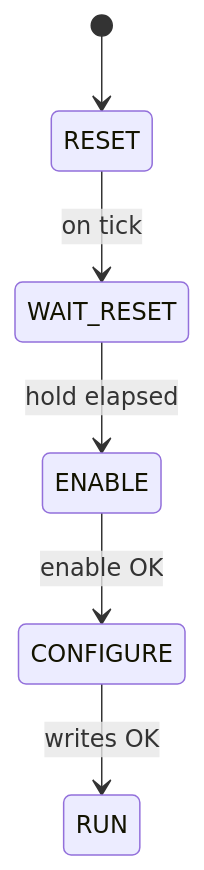
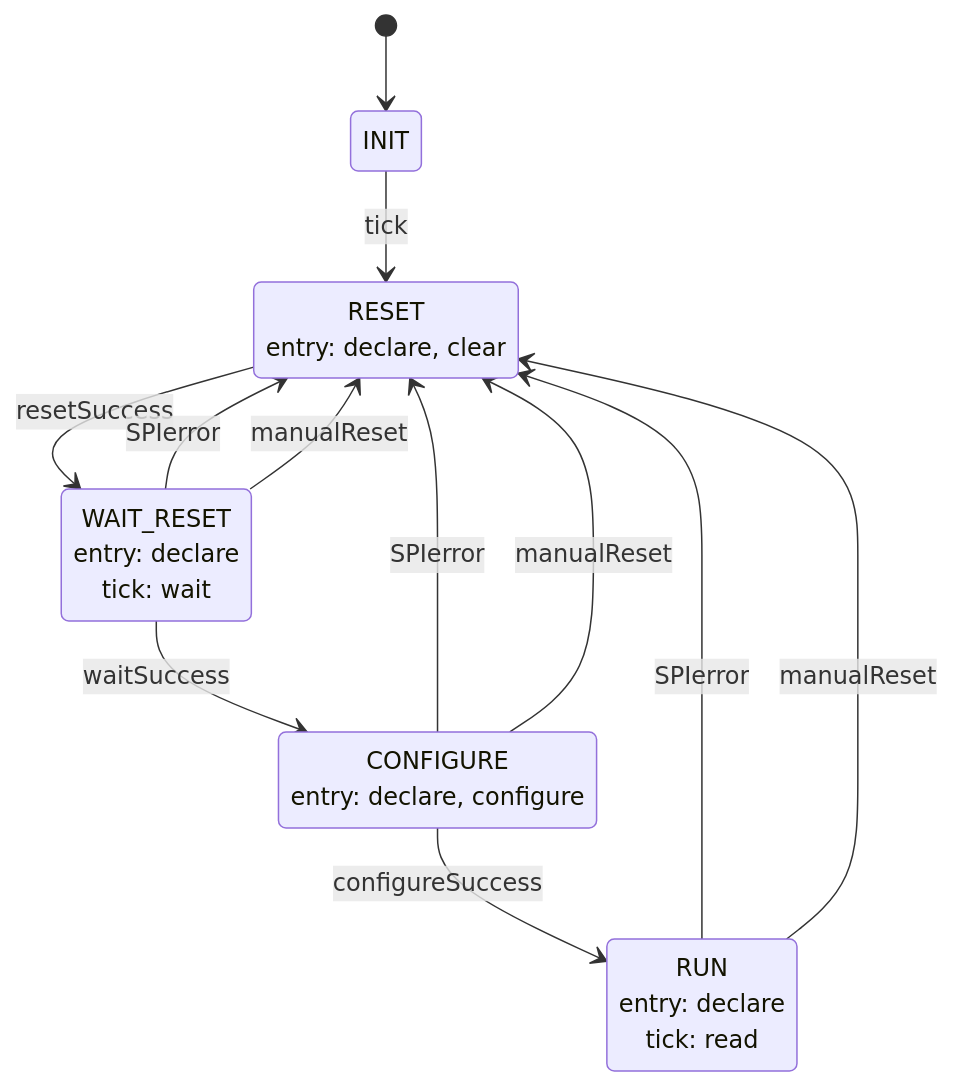
One commit to UWCubeSat/hs2-software-design changed the diagram in docs/Thermal/TemperatureSensorManager.md. Above: the diagram before and after it, drawn with Mermaid. The commit also changed other lines of this file and 14 other files, not shown here.

Commit message:
docs: resolve diagram and naming conflicts

````diff
--- a/docs/Thermal/TemperatureSensorManager.md
+++ b/docs/Thermal/TemperatureSensorManager.md
@@ -78,8 +39,32 @@
 ```mermaid
 stateDiagram-v2
-    [*] --> RESET
-    RESET --> WAIT_RESET: on tick
-    WAIT_RESET --> ENABLE: hold elapsed
-    ENABLE --> CONFIGURE: enable OK
-    CONFIGURE --> RUN: writes OK
+  state "RESET
+    entry: declare, clear
+  " as RESET
+
+  state "WAIT_RESET
+    entry: declare
+    tick: wait
+  " as WAIT_RESET
+
+  state "CONFIGURE
+    entry: declare, configure
+  " as CONFIGURE
+
+  state "RUN
+    entry: declare
+    tick: read
+  " as RUN
+
+  [*] --> INIT
+  INIT --> RESET: tick
+  RESET --> WAIT_RESET: resetSuccess
+  WAIT_RESET --> CONFIGURE: waitSuccess
+  WAIT_RESET --> RESET: SPIerror
+  WAIT_RESET --> RESET: manualReset
+  CONFIGURE --> RUN: configureSuccess
+  CONFIGURE --> RESET: SPIerror
+  CONFIGURE --> RESET: manualReset
+  RUN --> RESET: SPIerror
+  RUN --> RESET: manualReset
 ```
````
